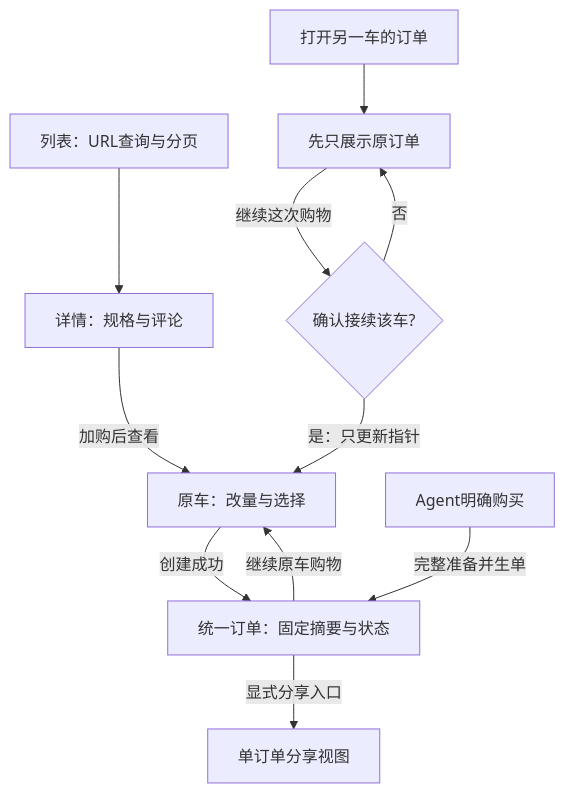
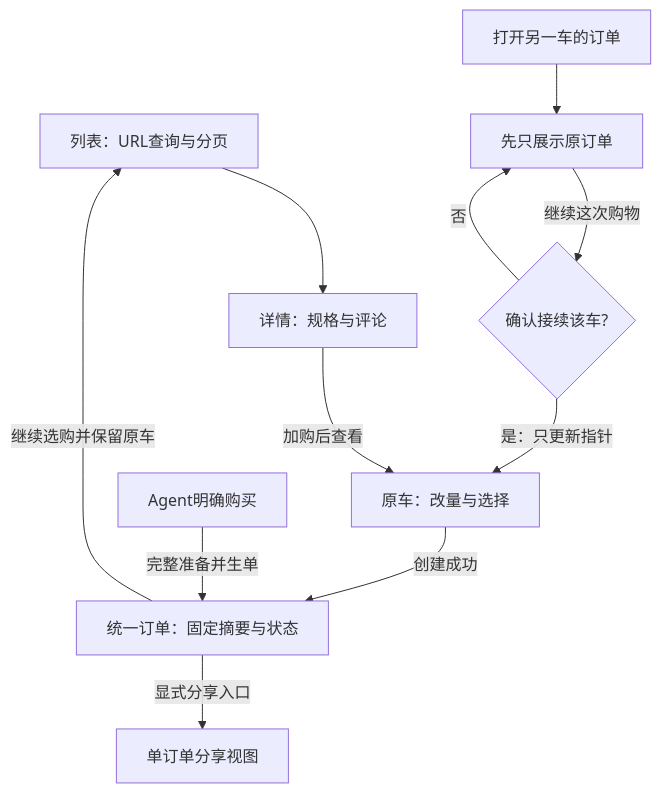
The sixth of 14 diagrams in docs/engineering/TECHNICAL_DESIGN.md (linshuohao/agent-ready-store), drawn with Mermaid before and after one commit. The commit also changed other lines of this file and 94 other files, not shown here.

````diff
--- a/docs/engineering/TECHNICAL_DESIGN.md
+++ b/docs/engineering/TECHNICAL_DESIGN.md
@@ -270,13 +275,13 @@
 ```mermaid
 flowchart TD
     List[列表：URL查询与分页] --> Detail[详情：规格与评论]
     Detail -->|加购后查看| Cart[原车：改量与选择]
     Cart -->|创建成功| Order[统一订单：固定摘要与状态]
-    Order -->|继续原车购物| Cart
+    Order -->|继续选购并保留原车| List
     Order -->|显式分享入口| Share[单订单分享视图]
     Agent[Agent明确购买] -->|完整准备并生单| Order
     External[打开另一车的订单] --> View[先只展示原订单]
     View -->|继续这次购物| Confirm{确认接续该车?}
     Confirm -->|是：只更新指针| Cart
     Confirm -->|否| View
 ```
````
